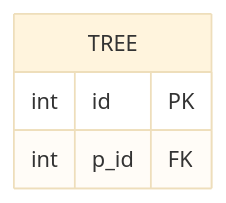
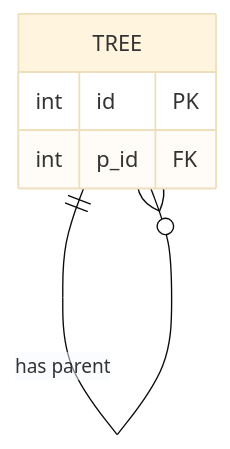
One commit to woghks2/Study changed the diagram in query/leetcode/lc_608.md. Above: the diagram before and after it, drawn with Mermaid (base theme). The commit also changed 2 other files, not shown here.

Commit message:
[Query] lc_610, lc_619

````diff
--- a/query/leetcode/lc_608.md
+++ b/query/leetcode/lc_608.md
@@ -8,7 +8,8 @@
 ```mermaid
 erDiagram
     TREE {
         int id PK
         int p_id FK
     }
+    TREE ||--o{ TREE : "has parent"
 ```
````
